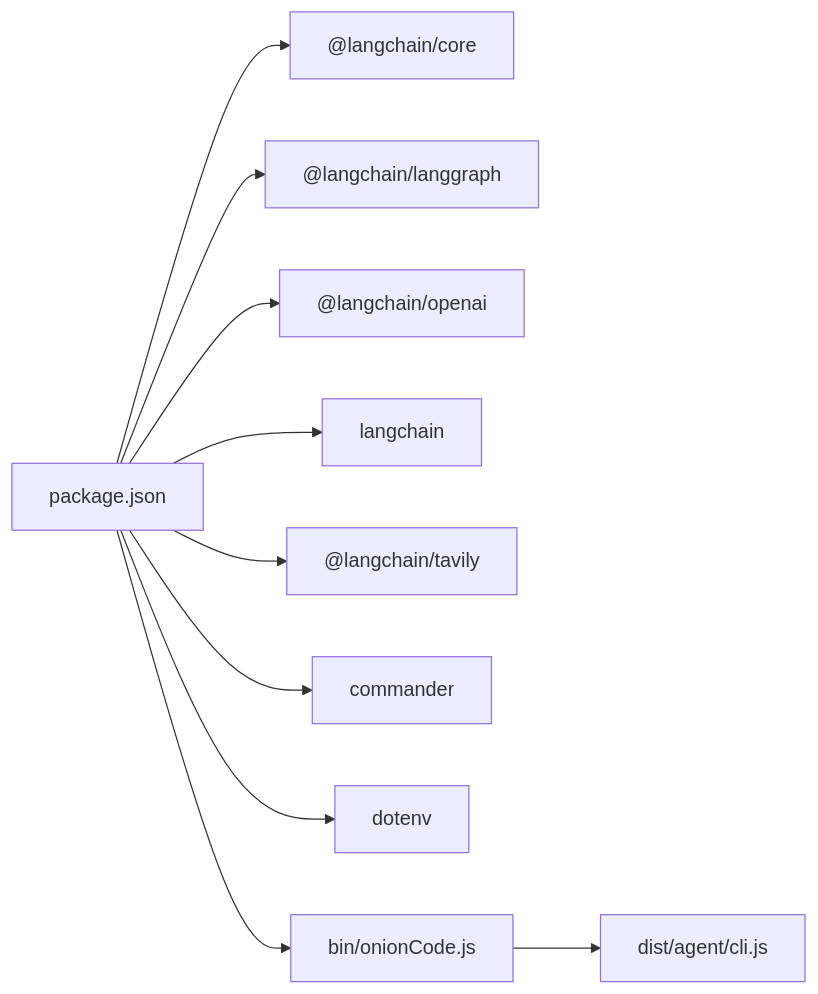
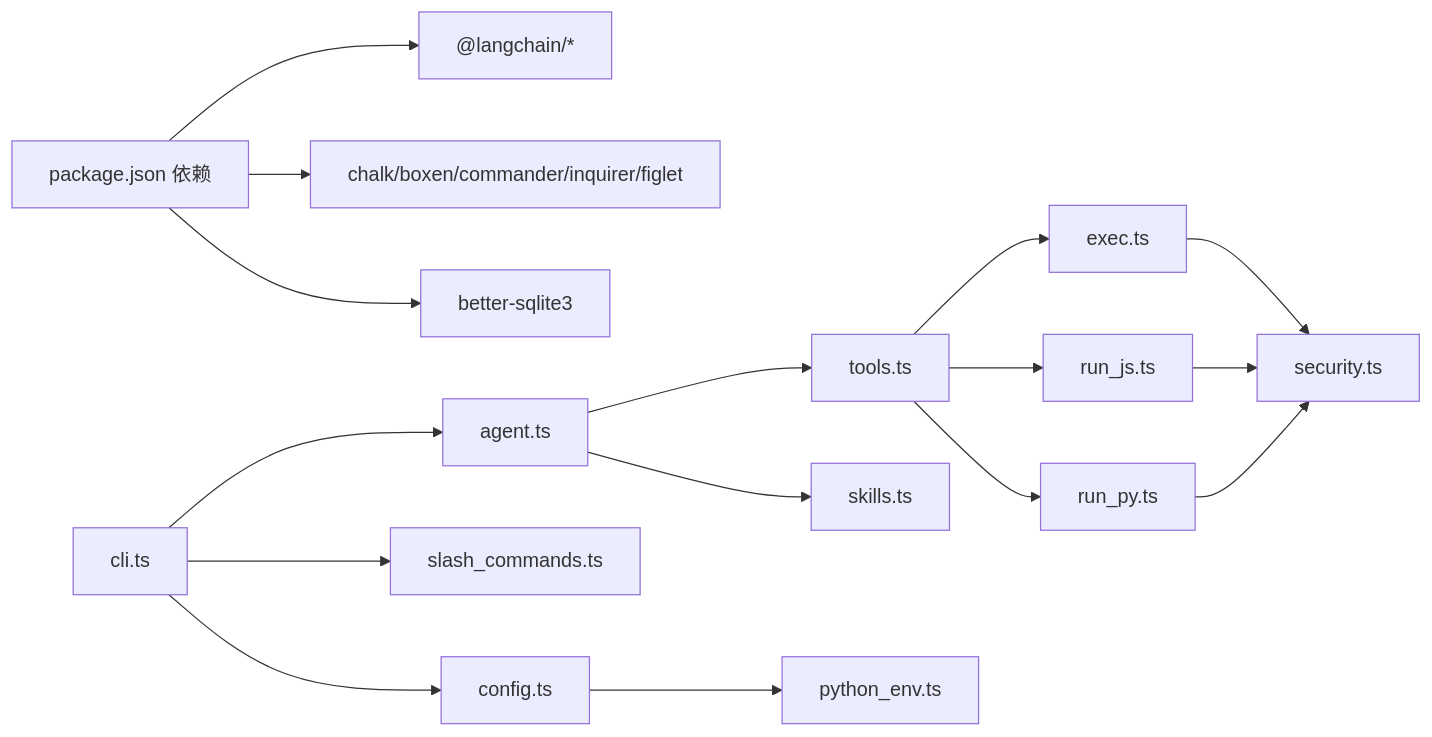
The seventh of 7 diagrams in .qoder/repowiki/zh/content/项目概述.md (HAOFUYANG/onion-code), drawn with Mermaid before and after one commit. The commit also changed other lines of this file and 58 other files, not shown here.

````diff
--- a/.qoder/repowiki/zh/content/项目概述.md
+++ b/.qoder/repowiki/zh/content/项目概述.md
@@ -356,12 +344,18 @@
 ```mermaid
 graph LR
-P["package.json"] --> D1["@langchain/core"]
-P --> D2["@langchain/langgraph"]
-P --> D3["@langchain/openai"]
-P --> D4["langchain"]
-P --> D5["@langchain/tavily"]
-P --> D6["commander"]
-P --> D7["dotenv"]
-P --> BIN["bin/onionCode.js"]
-BIN --> DIST["dist/agent/cli.js"]
+Pkg["package.json 依赖"] --> LC["@langchain/*"]
+Pkg --> Term["chalk/boxen/commander/inquirer/figlet"]
+Pkg --> DB["better-sqlite3"]
+AG["agent.ts"] --> Tools["tools.ts"]
+Tools --> Exec["exec.ts"]
+Tools --> RunJS["run_js.ts"]
+Tools --> RunPy["run_py.ts"]
+Exec --> Sec["security.ts"]
+RunJS --> Sec
+RunPy --> Sec
+AG --> Skills["skills.ts"]
+CLI["cli.ts"] --> AG
+CLI --> Slash["slash_commands.ts"]
+CLI --> Cfg["config.ts"]
+Cfg --> PyEnv["python_env.ts"]
 ```
````
